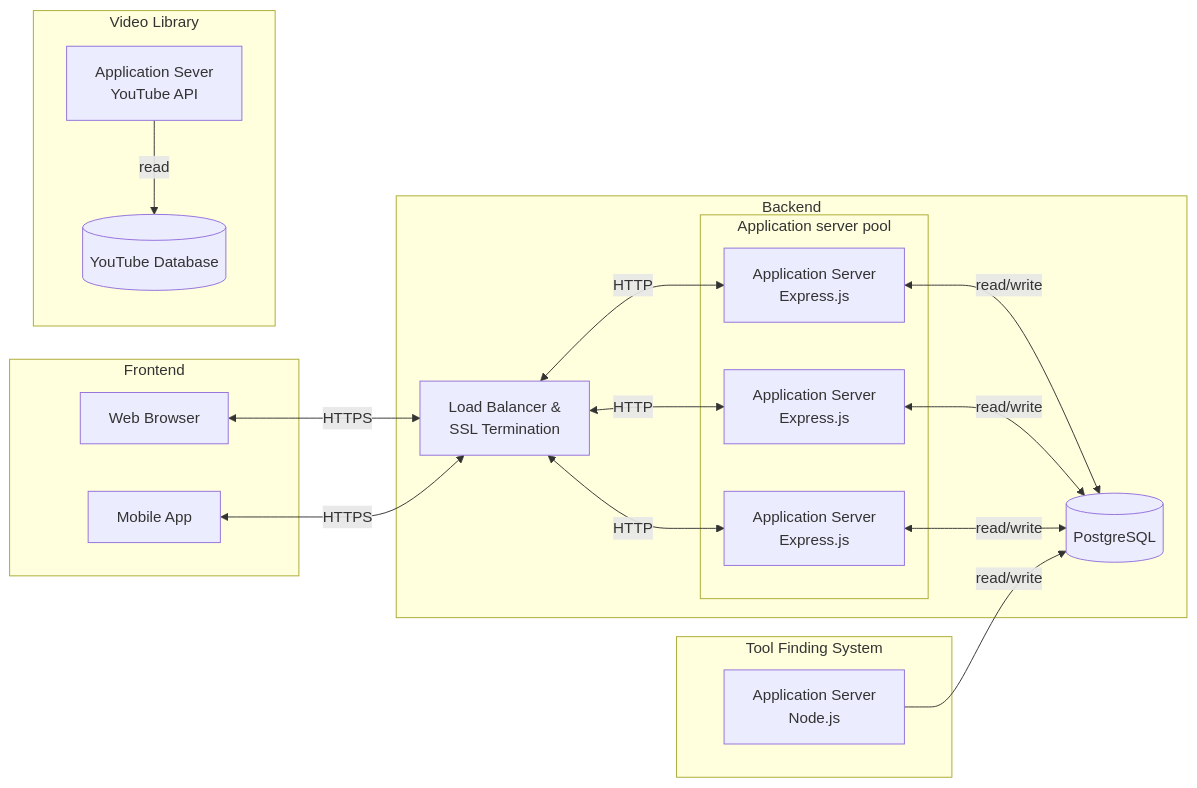
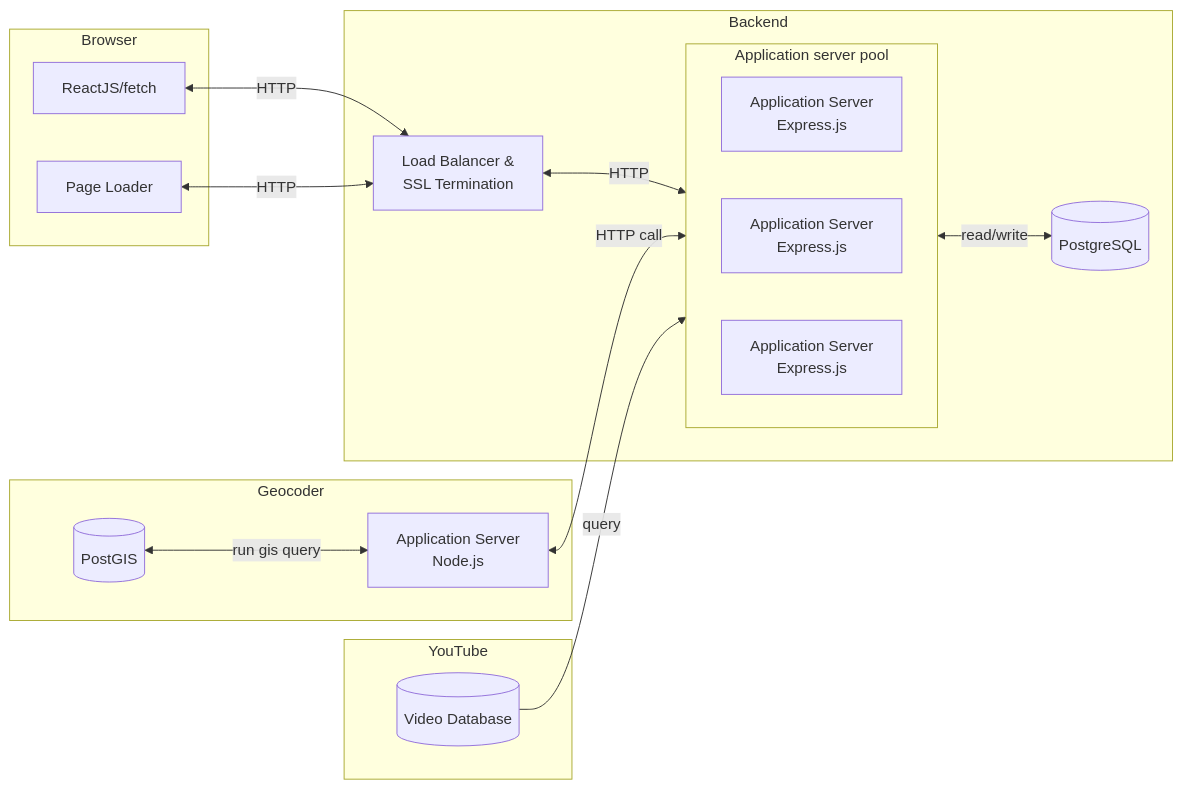
The diagram in documentation/docs/requirements/system-block-diagram.md (Capstone-Projects-2023-Spring/project-tool-shed), drawn with Mermaid before and after one commit. The commit also changed other lines of this file, not shown here.

````diff
--- a/documentation/docs/requirements/system-block-diagram.md
+++ b/documentation/docs/requirements/system-block-diagram.md
@@ -7,29 +7,26 @@
 ```mermaid
 graph LR
   subgraph backend [Backend]
-  B[Load Balancer &\nSSL Termination] <-->|HTTP| C
-  B <-->|HTTP| CC
-  B <-->|HTTP| CCC
+  B[Load Balancer &\nSSL Termination] <-->|HTTP| Q
   subgraph Q [Application server pool]
+  direction LR
   C[Application Server\nExpress.js]
   CC[Application Server\nExpress.js]
   CCC[Application Server\nExpress.js]
   end
-  C <-->|read/write| D[(PostgreSQL)]
-  CC <-->|read/write| D[(PostgreSQL)]
-  CCC <-->|read/write| D[(PostgreSQL)]
+  Q <-->|read/write| D[(PostgreSQL)]
   end
-  subgraph frontend [Frontend]
-  A[Web Browser] <-->|HTTPS| B
-  E[Mobile App] <-->|HTTPS| B
+  subgraph browser [Browser]
+  JS[ReactJS/fetch] <-->|HTTP| B
+  PageLoader[Page Loader] <-->|HTTP| B
   end
-  subgraph tool-finding-system [Tool Finding System]
+  subgraph geocoder [Geocoder]
   TF[Application Server\nNode.js]
-  TF -->|read/write| D[(PostgreSQL)]
+  POSTGIS[(PostGIS)]
+  POSTGIS <-->|run gis query| TF
+  TF <-->|HTTP call| Q
   end
-  subgraph video-library [Video Library]
-  V[Application Sever\nYouTube API]
-  V -->|read| Y[(YouTube Database)]
+  subgraph youtube [YouTube]
+  V[(Video Database)] -->|query| Q
   end
-
 ```
````
